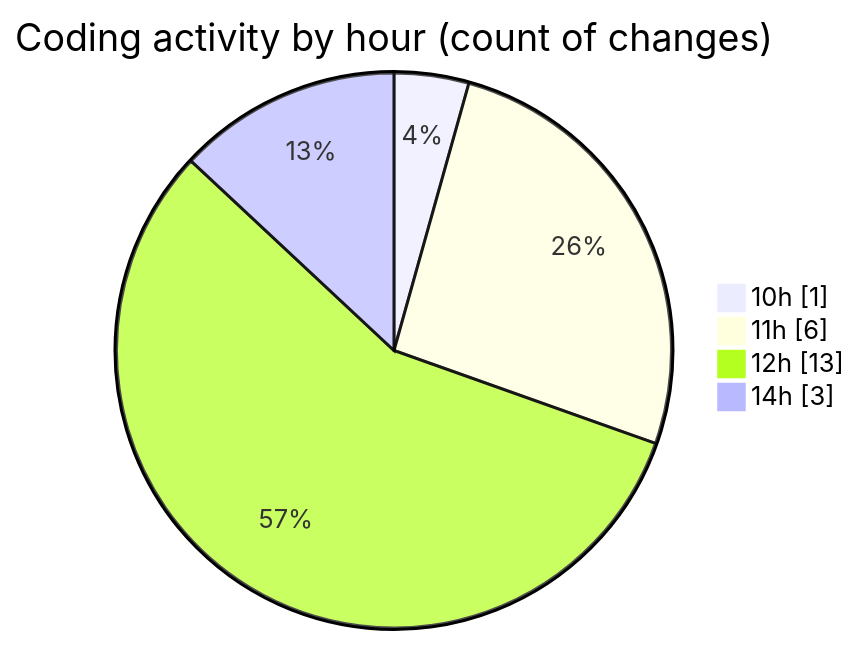
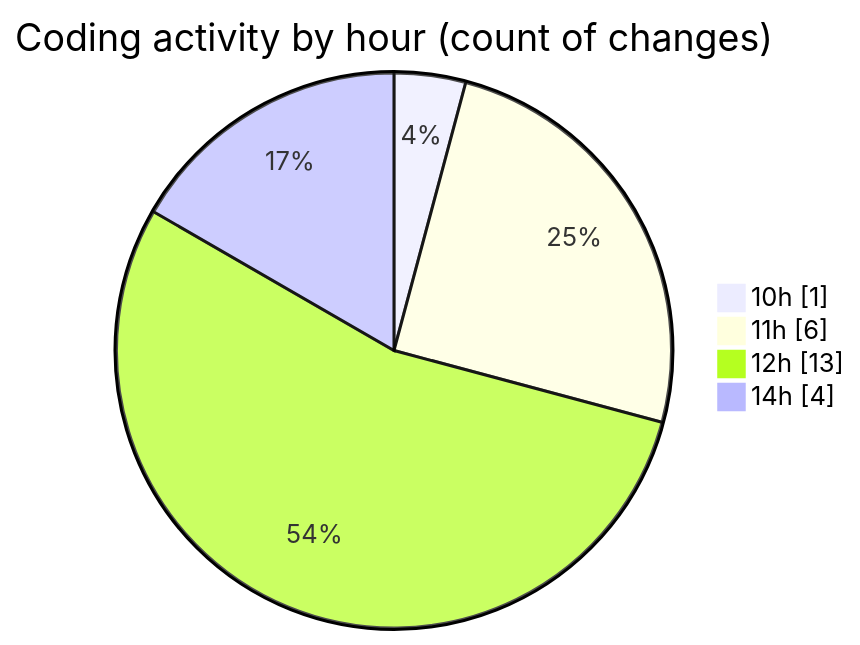
The second of 2 diagrams in 2025-10-08/cda/README.md (momahboobian/code-tracking), drawn with Mermaid before and after one commit. The commit also changed other lines of this file and 1 other file, not shown here.

````diff
--- a/2025-10-08/cda/README.md
+++ b/2025-10-08/cda/README.md
@@ -40,8 +42,8 @@
 ```mermaid
 pie showData
 title Coding activity by hour (count of changes)
 "10h" : 1
 "11h" : 6
 "12h" : 13
-"14h" : 3
+"14h" : 4
 ```
````
